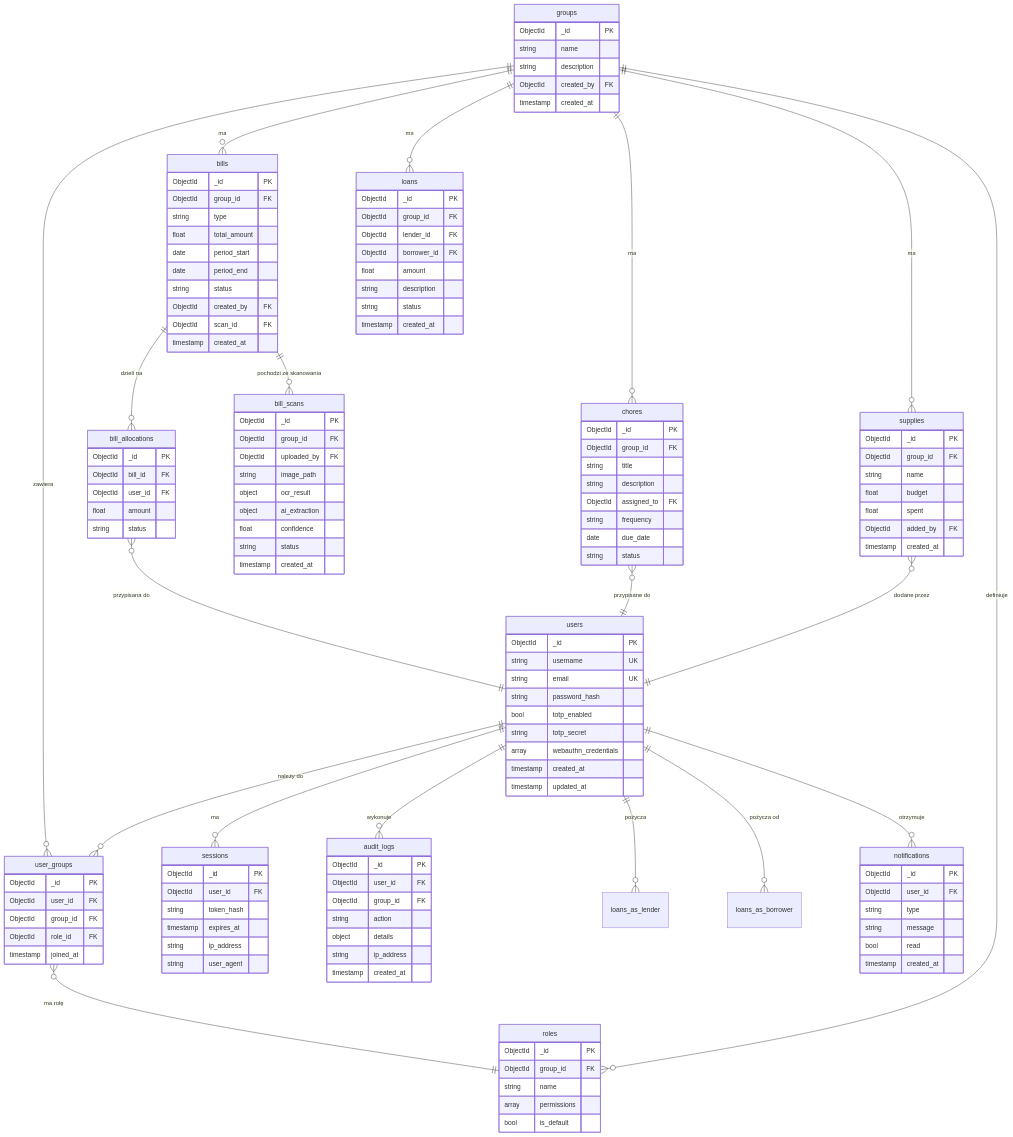
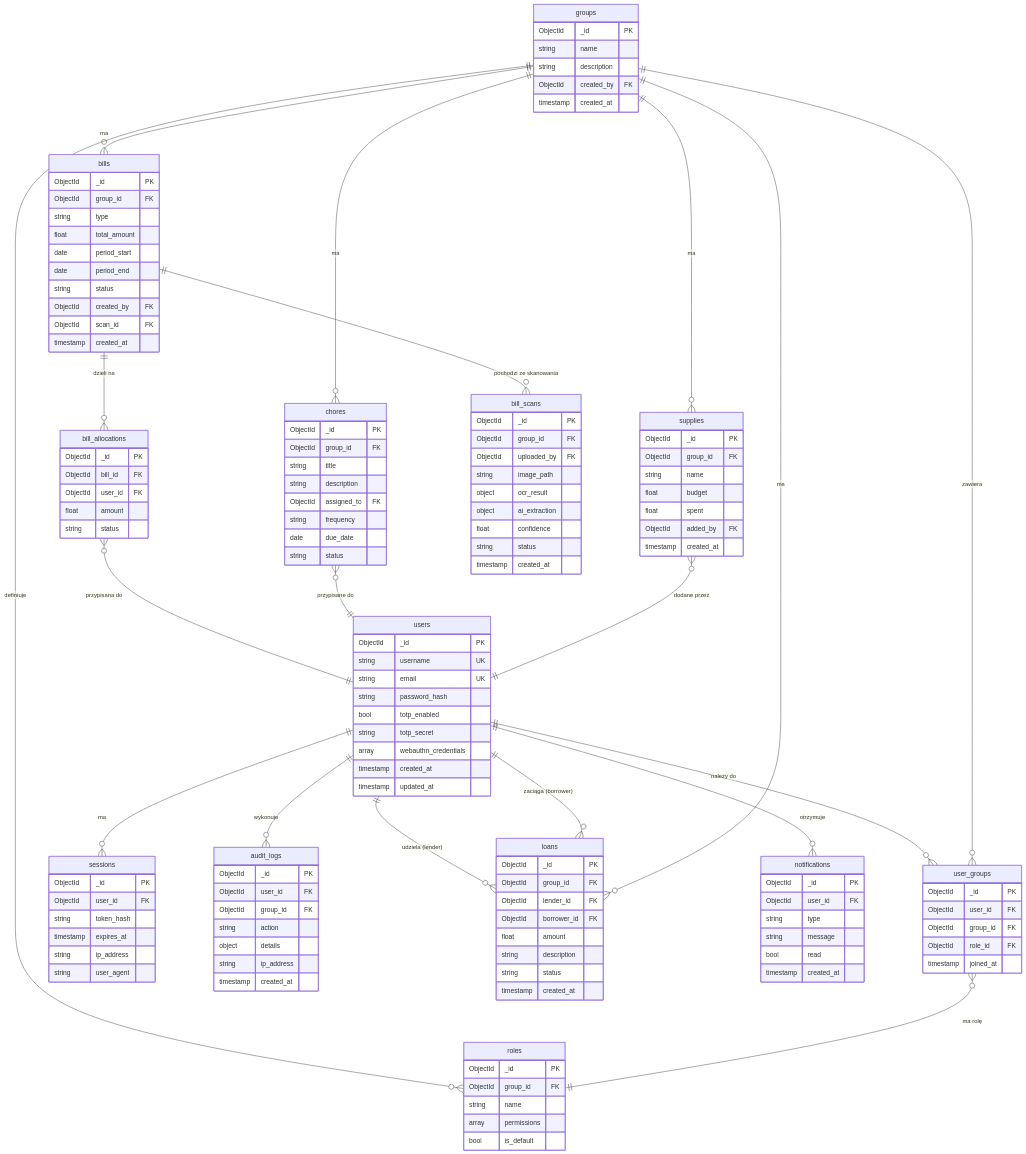
The fourth of 8 diagrams in DOKUMENTACJA_TECHNICZNA.md (Sainaif/home-app), drawn with Mermaid before and after one commit. The commit also changed 1 other file, not shown here.

Commit message:
quick mermaid fix

```diff
--- a/DOKUMENTACJA_TECHNICZNA.md
+++ b/DOKUMENTACJA_TECHNICZNA.md
@@ -3364,8 +3364,8 @@
     users ||--o{ user_groups : "należy do"
     users ||--o{ sessions : "ma"
     users ||--o{ audit_logs : "wykonuje"
-    users ||--o{ loans_as_lender : "pożycza"
-    users ||--o{ loans_as_borrower : "pożycza od"
+    users ||--o{ loans : "udziela (lender)"
+    users ||--o{ loans : "zaciąga (borrower)"
     users ||--o{ notifications : "otrzymuje"
 
     groups ||--o{ user_groups : "zawiera"
```
